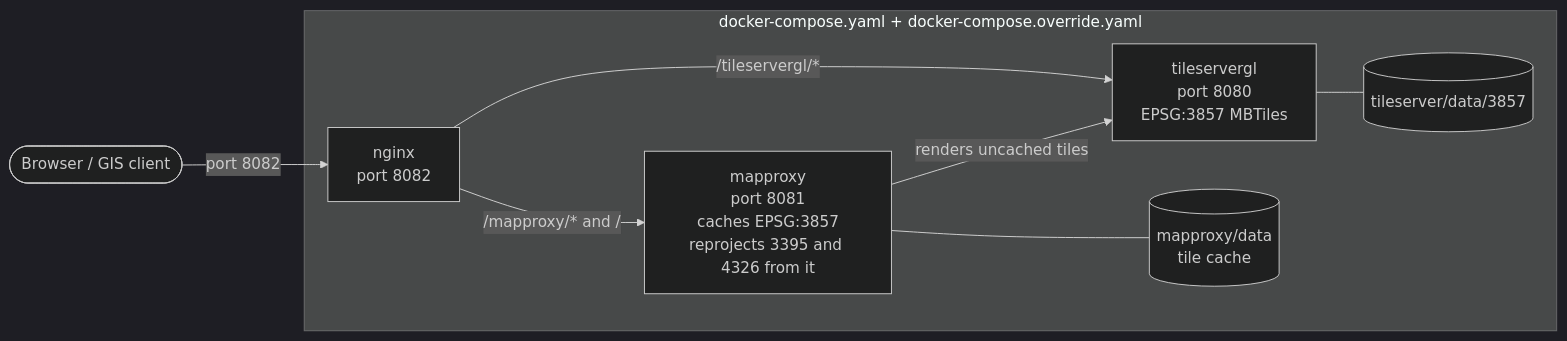
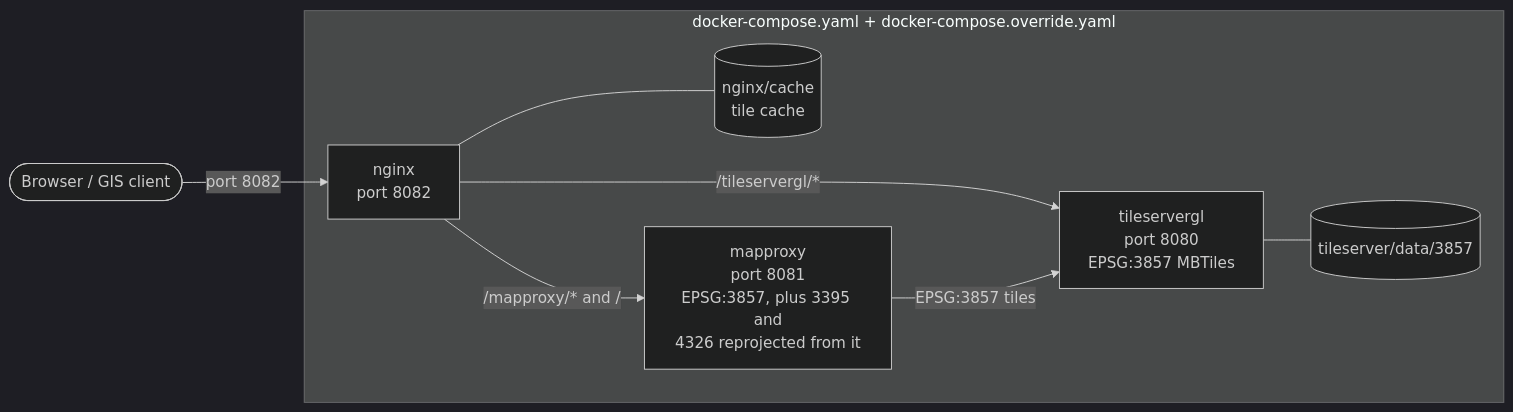
One commit to ReleasableBasemapTiles/rbt-local changed the diagram in README.md. Above: the diagram before and after it, drawn with Mermaid (dark theme). The commit also changed other lines of this file and 60 other files, not shown here.

First line of the commit message:
fix: review fixes across deploy scripts, nginx, mapproxy, tileserver, chart, ci and docs (#18)

````diff
--- a/README.md
+++ b/README.md
@@ -66,19 +94,19 @@
 ```mermaid
 flowchart LR
   client(["Browser / GIS client"])
 
   subgraph stack["docker-compose.yaml + docker-compose.override.yaml"]
     nginx["nginx<br/>port 8082"]
-    mapproxy["mapproxy<br/>port 8081<br/>caches EPSG:3857<br/>reprojects 3395 and 4326 from it"]
+    tilecache[("nginx/cache<br/>tile cache")]
+    mapproxy["mapproxy<br/>port 8081<br/>EPSG:3857, plus 3395 and<br/>4326 reprojected from it"]
     tileservergl["tileservergl<br/>port 8080<br/>EPSG:3857 MBTiles"]
-    tilecache[("mapproxy/data<br/>tile cache")]
     mbtiles[("tileserver/data/3857")]
   end
 
   client -->|"port 8082"| nginx
+  nginx --- tilecache
   nginx -->|"/mapproxy/* and /"| mapproxy
   nginx -->|"/tileservergl/*"| tileservergl
-  mapproxy -->|"renders uncached tiles"| tileservergl
-  mapproxy --- tilecache
+  mapproxy -->|"EPSG:3857 tiles"| tileservergl
   tileservergl --- mbtiles
 ```
````
